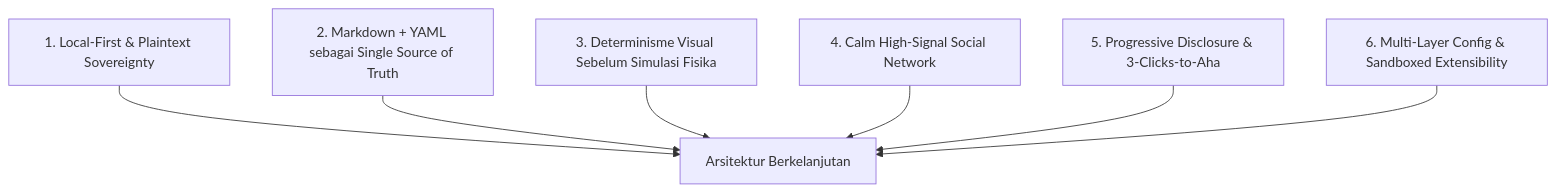
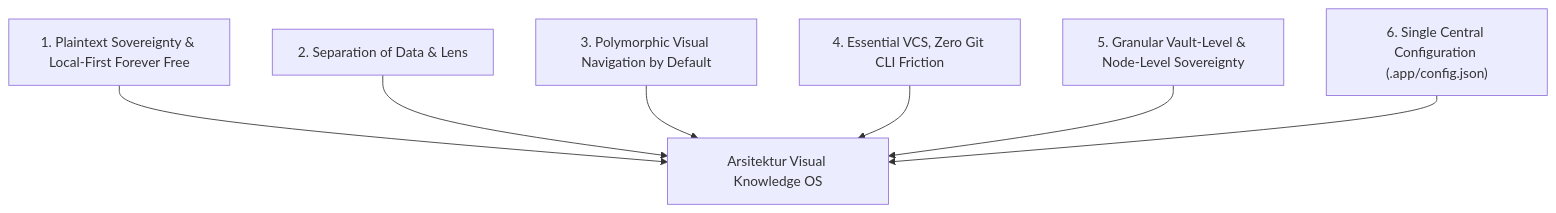
The diagram in docs/01-visions/product-philosophy.md (mjd-code/obmap-meed), drawn with Mermaid before and after one commit. The commit also changed other lines of this file and 48 other files, not shown here.

````diff
--- a/docs/01-visions/product-philosophy.md
+++ b/docs/01-visions/product-philosophy.md
@@ -30,9 +31,9 @@
 ```mermaid
 flowchart TD
-    P1["1. Local-First & Plaintext Sovereignty"] --> ARCH["Arsitektur Berkelanjutan"]
-    P2["2. Markdown + YAML sebagai Single Source of Truth"] --> ARCH
-    P3["3. Determinisme Visual Sebelum Simulasi Fisika"] --> ARCH
-    P4["4. Calm High-Signal Social Network"] --> ARCH
-    P5["5. Progressive Disclosure & 3-Clicks-to-Aha"] --> ARCH
-    P6["6. Multi-Layer Config & Sandboxed Extensibility"] --> ARCH
+    P1["1. Plaintext Sovereignty & Local-First Forever Free"] --> ARCH["Arsitektur Visual Knowledge OS"]
+    P2["2. Separation of Data & Lens"] --> ARCH
+    P3["3. Polymorphic Visual Navigation by Default"] --> ARCH
+    P4["4. Essential VCS, Zero Git CLI Friction"] --> ARCH
+    P5["5. Granular Vault-Level & Node-Level Sovereignty"] --> ARCH
+    P6["6. Single Central Configuration (.app/config.json)"] --> ARCH
 ```
````
